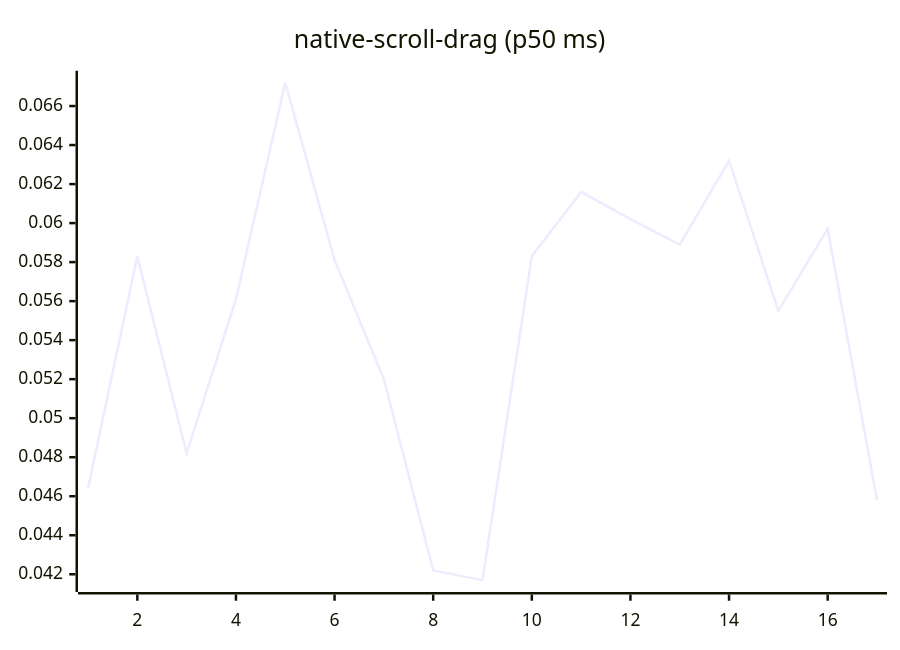
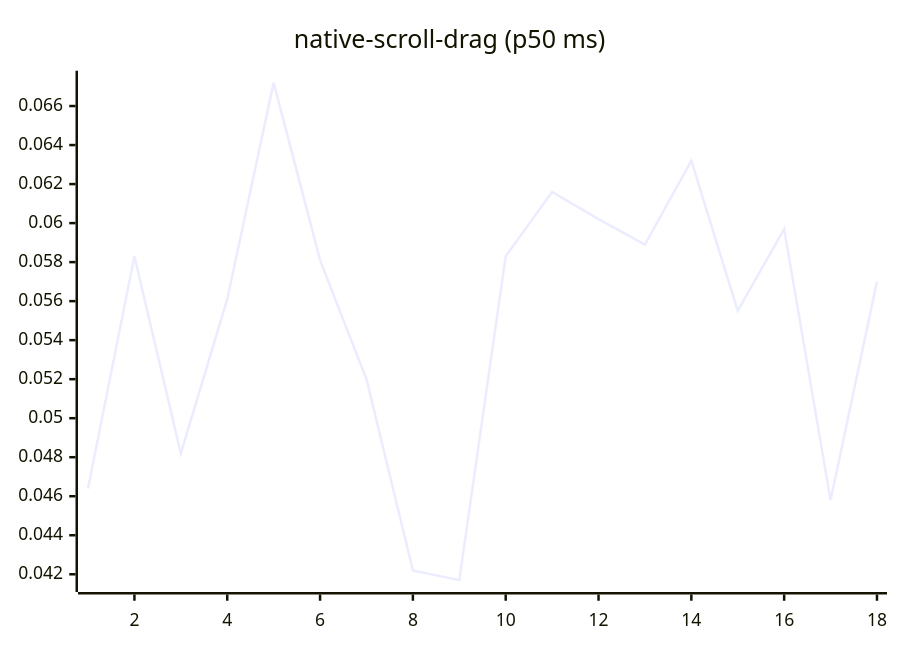
Diagram 14 of 27 in README.md (josha/Facet), drawn with Mermaid before and after one commit. The commit also changed other lines of this file and 2 other files, not shown here.

````diff
--- a/README.md
+++ b/README.md
@@ -154,6 +154,6 @@
 ```mermaid
 xychart-beta
     title "native-scroll-drag (p50 ms)"
-    x-axis 1 --> 17
-    line [0.0464, 0.0583, 0.0482, 0.0561, 0.0672, 0.0581, 0.0520, 0.0422, 0.0417, 0.0583, 0.0616, 0.0602, 0.0589, 0.0632, 0.0555, 0.0597, 0.0458]
+    x-axis 1 --> 18
+    line [0.0464, 0.0583, 0.0482, 0.0561, 0.0672, 0.0581, 0.0520, 0.0422, 0.0417, 0.0583, 0.0616, 0.0602, 0.0589, 0.0632, 0.0555, 0.0597, 0.0458, 0.0570]
 ```
````
